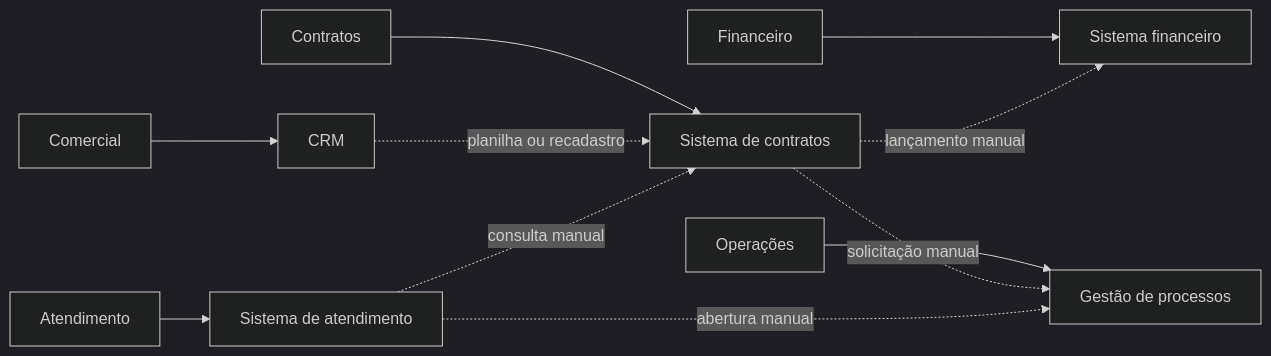
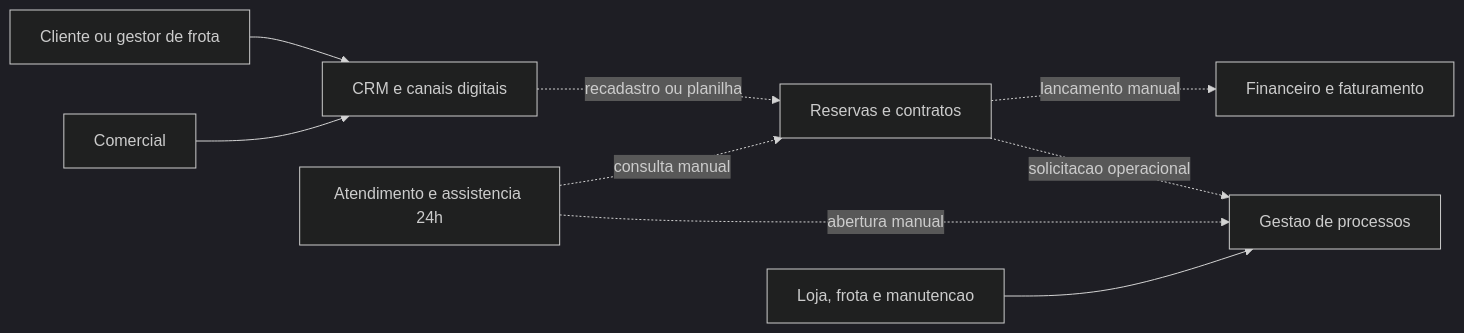
The diagram in docs/arquitetura/AS_IS.md (Roger-Quinelato/projetoAplicado7), drawn with Mermaid (dark theme) before and after one commit. The commit also changed other lines of this file and 70 other files, not shown here.

````diff
--- a/docs/arquitetura/AS_IS.md
+++ b/docs/arquitetura/AS_IS.md
@@ -46,13 +42,11 @@
 ```mermaid
 flowchart LR
-  C[Comercial] --> CRM[CRM]
-  J[Contratos] --> CT[Sistema de contratos]
-  F[Financeiro] --> FI[Sistema financeiro]
-  A[Atendimento] --> AT[Sistema de atendimento]
-  O[Operações] --> BPM[Gestão de processos]
-  CRM -. planilha ou recadastro .-> CT
-  CT -. lançamento manual .-> FI
-  CT -. solicitação manual .-> BPM
-  AT -. consulta manual .-> CT
-  AT -. abertura manual .-> BPM
+  Cliente[Cliente ou gestor de frota] --> CRM[CRM e canais digitais]
+  Comercial[Comercial] --> CRM
+  CRM -. recadastro ou planilha .-> CT[Reservas e contratos]
+  CT -. lancamento manual .-> FI[Financeiro e faturamento]
+  CT -. solicitacao operacional .-> BPM[Gestao de processos]
+  Atendimento[Atendimento e assistencia 24h] -. consulta manual .-> CT
+  Atendimento -. abertura manual .-> BPM
+  Operacao[Loja, frota e manutencao] --> BPM
 ```
````
